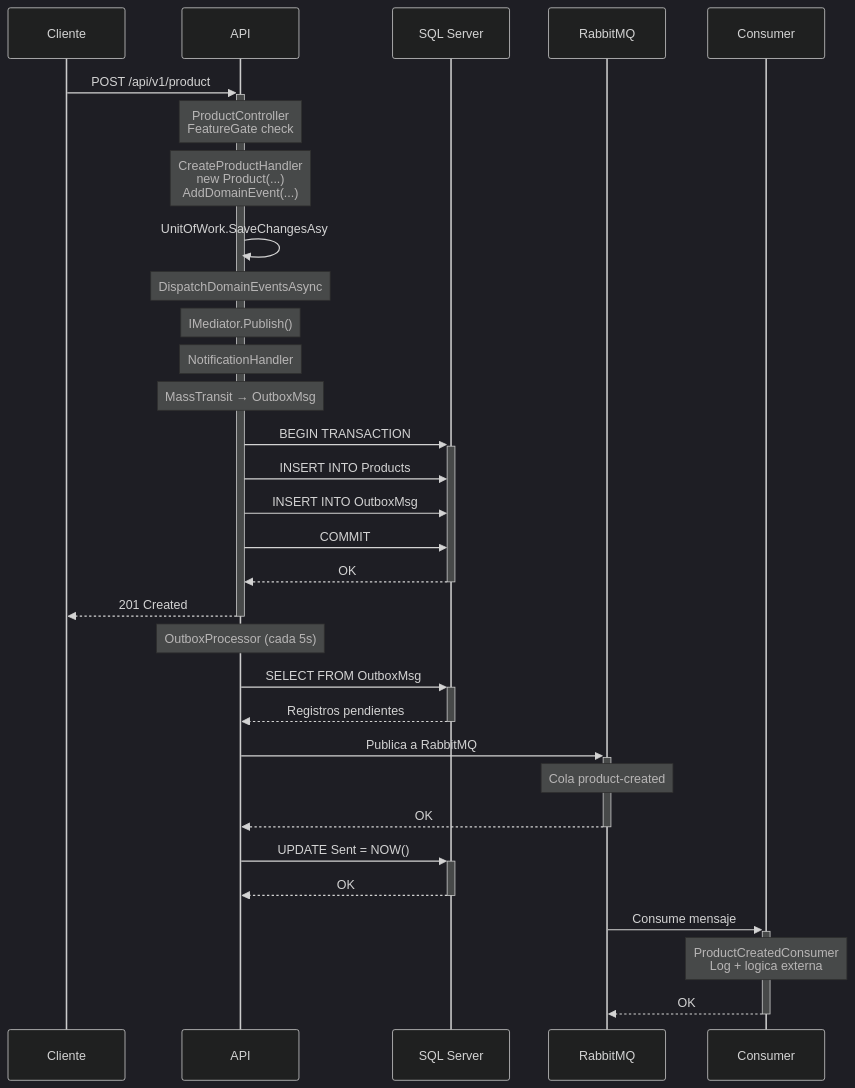
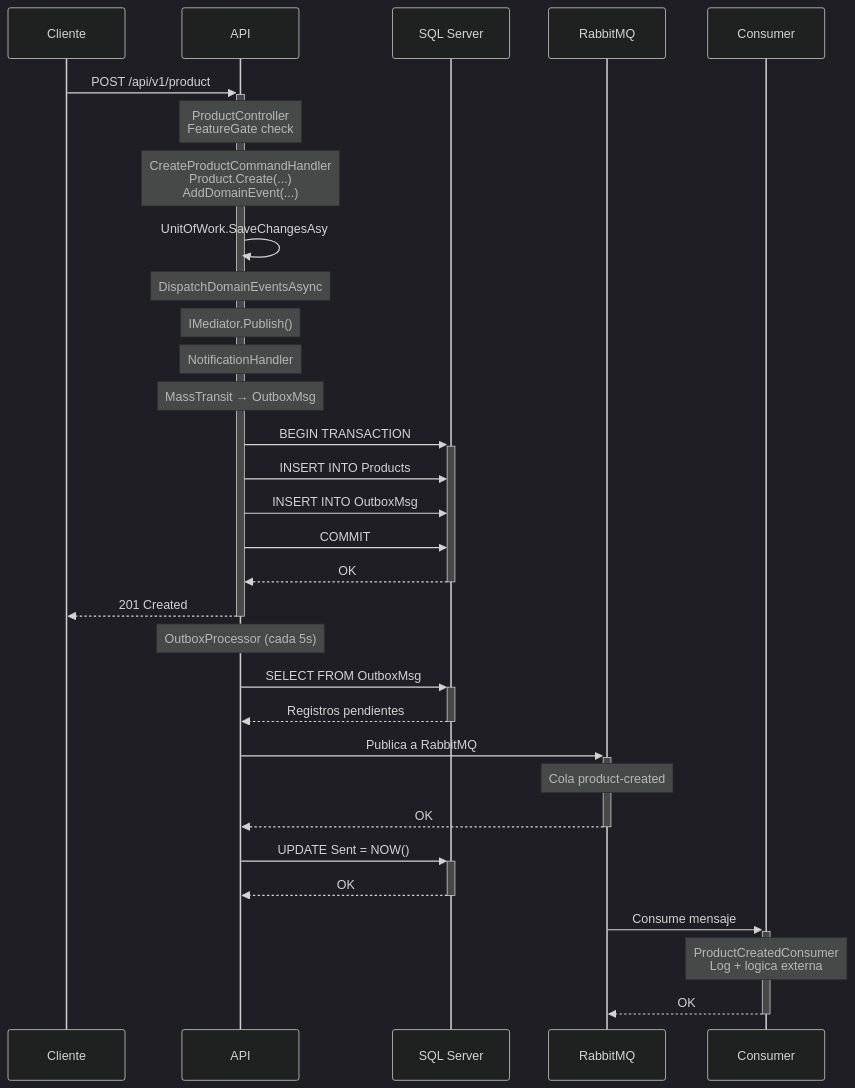
One commit to AcoranGonzalezMoray/SoftwareLearningGuide changed the seventh of 7 diagrams in docs/README.md. Above: the diagram before and after it, drawn with Mermaid (dark theme). The commit also changed other lines of this file and 22 other files, not shown here.

````diff
--- a/docs/README.md
+++ b/docs/README.md
@@ -540,41 +603,41 @@
 ```mermaid
 sequenceDiagram
     participant C as Cliente
     participant API as API
     participant SQL as SQL Server
     participant RMQ as RabbitMQ
     participant CON as Consumer
     
     C->>+API: POST /api/v1/product
     Note over API: ProductController<br/>FeatureGate check
-    Note over API: CreateProductHandler<br/>new Product(...)<br/>AddDomainEvent(...)
+    Note over API: CreateProductCommandHandler<br/>Product.Create(...)<br/>AddDomainEvent(...)
     
     API->>API: UnitOfWork.SaveChangesAsy
     Note over API: DispatchDomainEventsAsync
     Note over API: IMediator.Publish()
     Note over API: NotificationHandler
     Note over API: MassTransit → OutboxMsg
     
     API->>+SQL: BEGIN TRANSACTION
     API->>SQL: INSERT INTO Products
     API->>SQL: INSERT INTO OutboxMsg
     API->>SQL: COMMIT
     SQL-->>-API: OK
     
     API-->>-C: 201 Created
     
     Note over API: OutboxProcessor (cada 5s)
     API->>+SQL: SELECT FROM OutboxMsg
     SQL-->>-API: Registros pendientes
     
     API->>+RMQ: Publica a RabbitMQ
     Note over RMQ: Cola product-created
     RMQ-->>-API: OK
     
     API->>+SQL: UPDATE Sent = NOW()
     SQL-->>-API: OK
     
     RMQ->>+CON: Consume mensaje
     Note over CON: ProductCreatedConsumer<br/>Log + logica externa
     CON-->>-RMQ: OK
 ```
````
